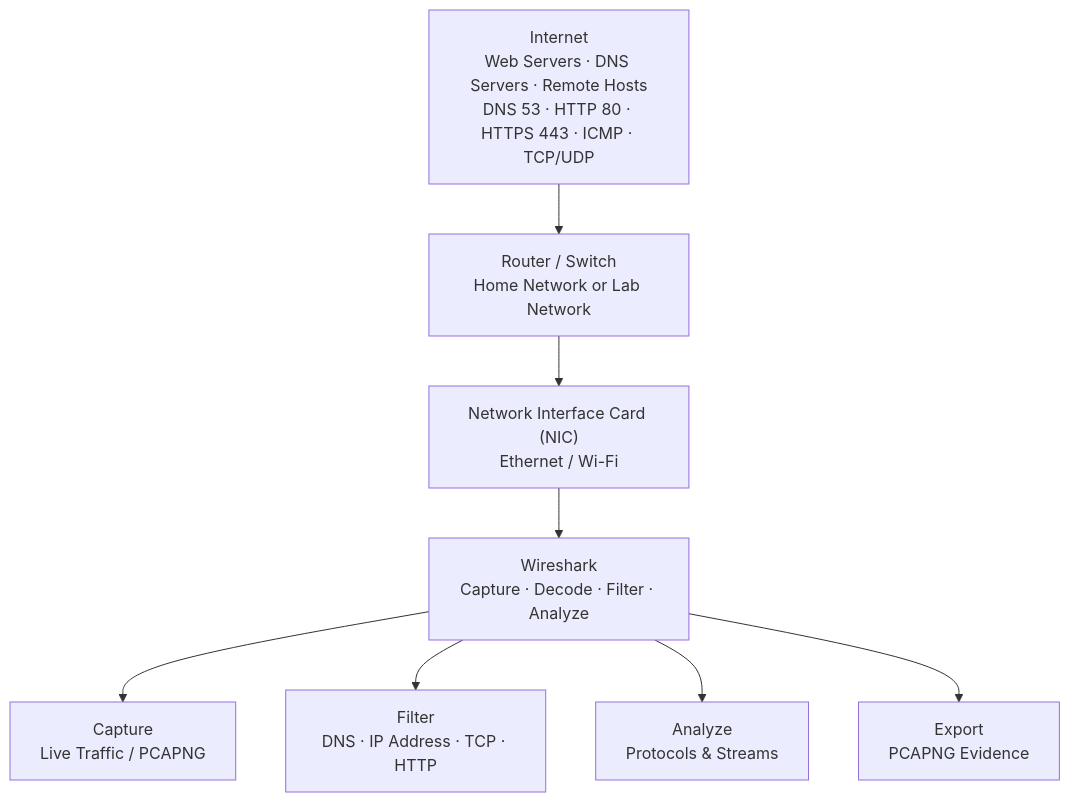
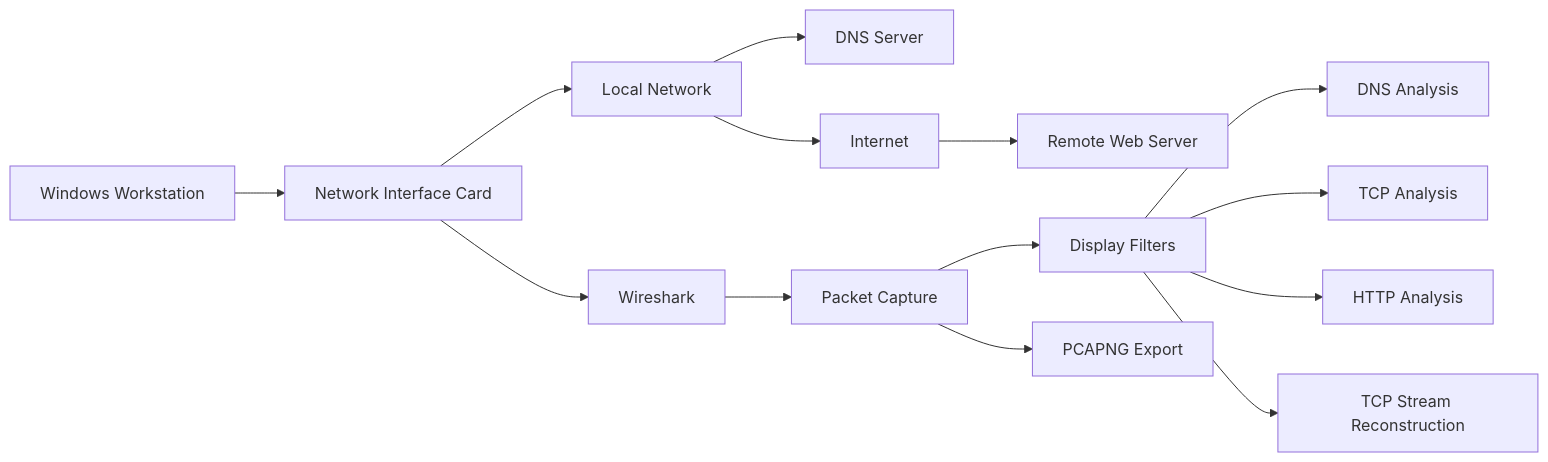
Before and after one commit to emmanuel-iam/-Wireshark-Network-Analysis: the diagram in README.md, drawn with Mermaid. The commit also changed other lines of this file, not shown here.

````diff
--- a/README.md
+++ b/README.md
@@ -19,19 +17,17 @@
 ```mermaid
-flowchart TD
-    A["Internet<br/>Web Servers · DNS Servers · Remote Hosts<br/>DNS 53 · HTTP 80 · HTTPS 443 · ICMP · TCP/UDP"]
-    B["Router / Switch<br/>Home Network or Lab Network"]
-    C["Network Interface Card (NIC)<br/>Ethernet / Wi-Fi"]
-    D["Wireshark<br/>Capture · Decode · Filter · Analyze"]
-    E["Capture<br/>Live Traffic / PCAPNG"]
-    F["Filter<br/>DNS · IP Address · TCP · HTTP"]
-    G["Analyze<br/>Protocols & Streams"]
-    H["Export<br/>PCAPNG Evidence"]
+flowchart LR
+    A[Windows Workstation] --> B[Network Interface Card]
+    B --> C[Wireshark]
+    B --> D[Local Network]
+    D --> E[DNS Server]
+    D --> F[Internet]
+    F --> G[Remote Web Server]
 
-    A --> B
-    B --> C
-    C --> D
-    D --> E
-    D --> F
-    D --> G
-    D --> H
+    C --> H[Packet Capture]
+    H --> I[Display Filters]
+    I --> J[DNS Analysis]
+    I --> K[TCP Analysis]
+    I --> L[HTTP Analysis]
+    I --> M[TCP Stream Reconstruction]
+    H --> N[PCAPNG Export]
 ```
````
